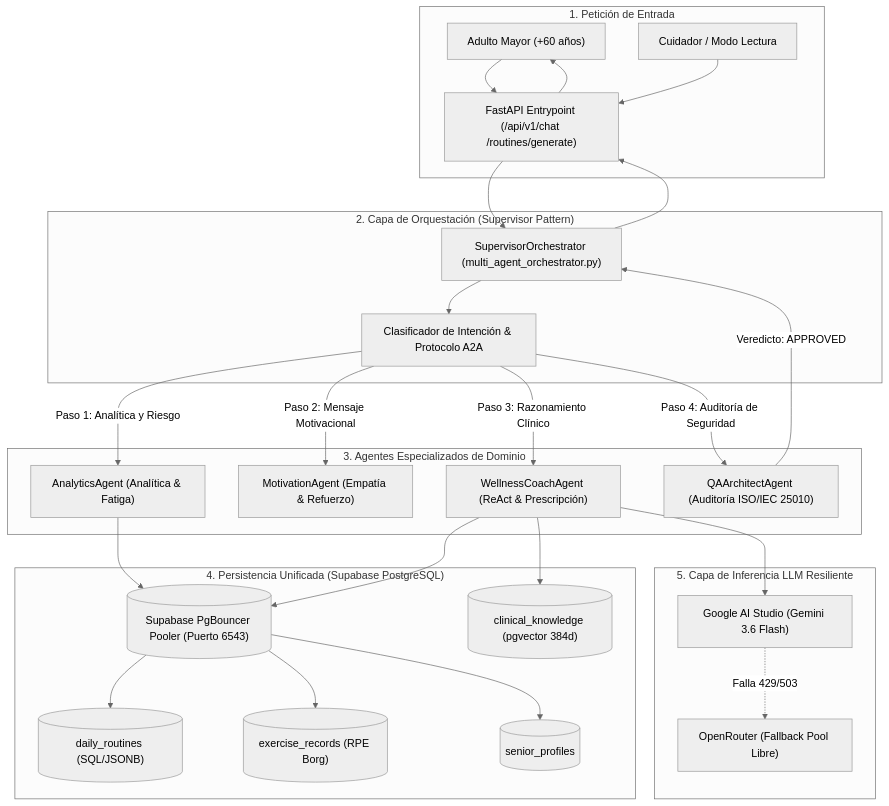
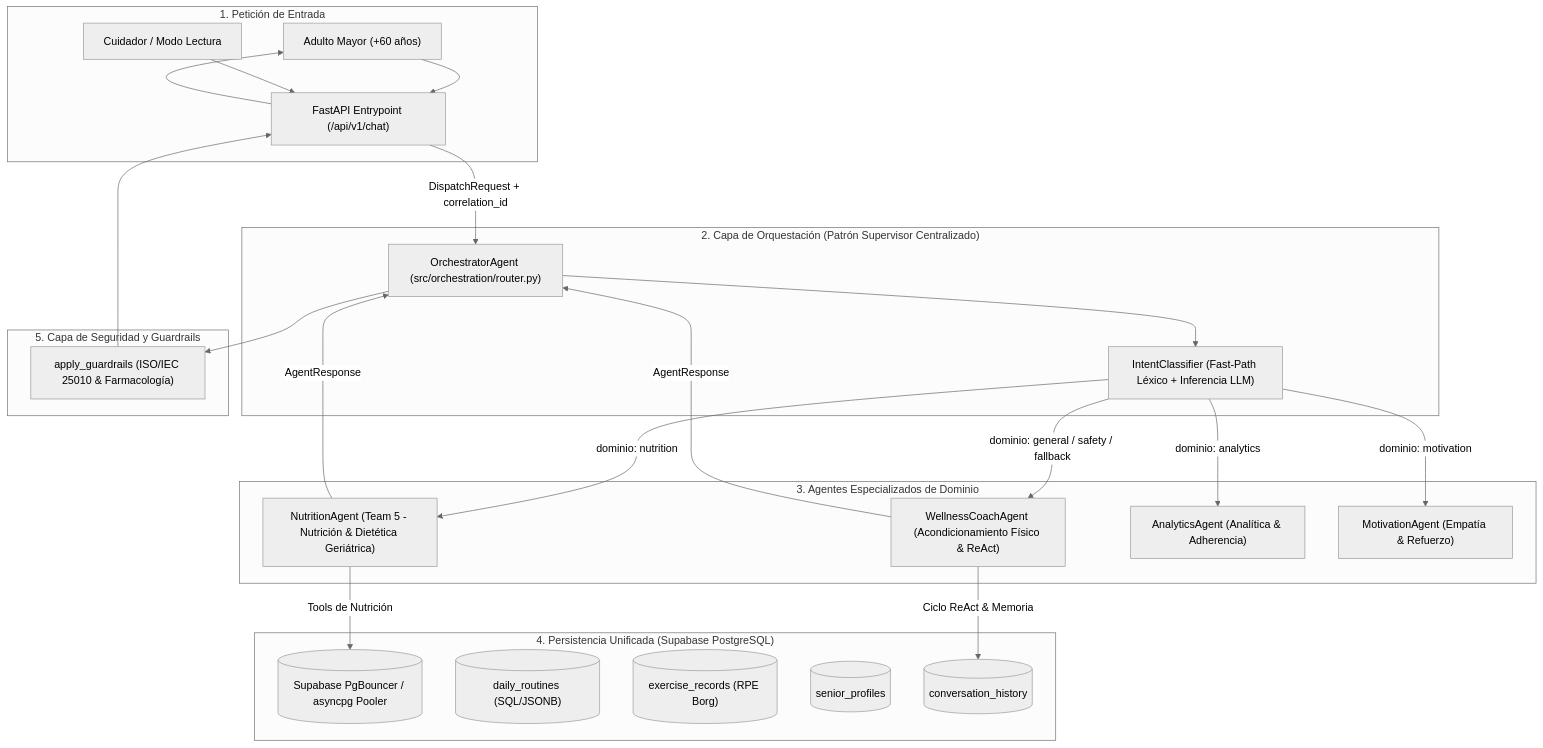
The diagram in issues/issues_sprint_3/S3-01_Arquitectura_Multiagente.md (danielsanchez040601-byte/SeniorVital---Backend-API), drawn with Mermaid (neutral theme) before and after one commit. The commit also changed other lines of this file and 15 other files, not shown here.

````diff
--- a/issues/issues_sprint_3/S3-01_Arquitectura_Multiagente.md
+++ b/issues/issues_sprint_3/S3-01_Arquitectura_Multiagente.md
@@ -13,57 +14,51 @@
 ```mermaid
 graph TB
     subgraph Entrada["1. Petición de Entrada"]
         Senior["Adulto Mayor (+60 años)"]
         Caregiver["Cuidador / Modo Lectura"]
-        API["FastAPI Entrypoint (/api/v1/chat /routines/generate)"]
+        API["FastAPI Entrypoint (/api/v1/chat)"]
     end
 
-    subgraph Supervisor["2. Capa de Orquestación (Supervisor Pattern)"]
-        Orchestrator["SupervisorOrchestrator (multi_agent_orchestrator.py)"]
-        RouterPolicy["Clasificador de Intención & Protocolo A2A"]
+    subgraph Supervisor["2. Capa de Orquestación (Patrón Supervisor Centralizado)"]
+        Orchestrator["OrchestratorAgent (src/orchestration/router.py)"]
+        RouterPolicy["IntentClassifier (Fast-Path Léxico + Inferencia LLM)"]
     end
 
     subgraph Agentes_Especializados["3. Agentes Especializados de Dominio"]
-        Analytics["AnalyticsAgent (Analítica & Fatiga)"]
+        Nutrition["NutritionAgent (Team 5 - Nutrición & Dietética Geriátrica)"]
+        Coach["WellnessCoachAgent (Acondicionamiento Físico & ReAct)"]
+        Analytics["AnalyticsAgent (Analítica & Adherencia)"]
         Motivation["MotivationAgent (Empatía & Refuerzo)"]
-        Coach["WellnessCoachAgent (ReAct & Prescripción)"]
-        QA["QAArchitectAgent (Auditoría ISO/IEC 25010)"]
     end
 
     subgraph Persistencia_Supabase["4. Persistencia Unificada (Supabase PostgreSQL)"]
-        Supa_Pooler[("Supabase PgBouncer Pooler (Puerto 6543)")]
+        Supa_Pooler[("Supabase PgBouncer / asyncpg Pooler")]
         Table_Routines[("daily_routines (SQL/JSONB)")]
         Table_Records[("exercise_records (RPE Borg)")]
         Table_Profiles[("senior_profiles")]
-        Table_Knowledge[("clinical_knowledge (pgvector 384d)")]
+        Table_Memory[("conversation_history")]
     end
 
-    subgraph Inferencia["5. Capa de Inferencia LLM Resiliente"]
-        Gemini["Google AI Studio (Gemini 3.6 Flash)"]
-        OpenRouter["OpenRouter (Fallback Pool Libre)"]
+    subgraph Seguridad_Guardrails["5. Capa de Seguridad y Guardrails"]
+        Guardrails["apply_guardrails (ISO/IEC 25010 & Farmacología)"]
     end
 
     Senior --> API
     Caregiver --> API
-    API --> Orchestrator
+    API -->|DispatchRequest + correlation_id| Orchestrator
     Orchestrator --> RouterPolicy
 
-    RouterPolicy -->|Paso 1: Analítica y Riesgo| Analytics
-    RouterPolicy -->|Paso 2: Mensaje Motivacional| Motivation
-    RouterPolicy -->|Paso 3: Razonamiento Clínico| Coach
-    RouterPolicy -->|Paso 4: Auditoría de Seguridad| QA
+    RouterPolicy -->|dominio: nutrition| Nutrition
+    RouterPolicy -->|dominio: general / safety / fallback| Coach
+    RouterPolicy -->|dominio: analytics| Analytics
+    RouterPolicy -->|dominio: motivation| Motivation
 
-    Analytics --> Supa_Pooler
-    Coach --> Supa_Pooler
-    Coach --> Table_Knowledge
-    Supa_Pooler --> Table_Routines
-    Supa_Pooler --> Table_Records
-    Supa_Pooler --> Table_Profiles
+    Nutrition -->|Tools de Nutrición| Supa_Pooler
+    Coach -->|Ciclo ReAct & Memoria| Table_Memory
 
-    Coach --> Gemini
-    Gemini -.->|Falla 429/503| OpenRouter
-
-    QA -->|Veredicto: APPROVED| Orchestrator
-    Orchestrator --> API
+    Nutrition -->|AgentResponse| Orchestrator
+    Coach -->|AgentResponse| Orchestrator
+    Orchestrator --> Guardrails
+    Guardrails --> API
     API --> Senior
 ```
````
